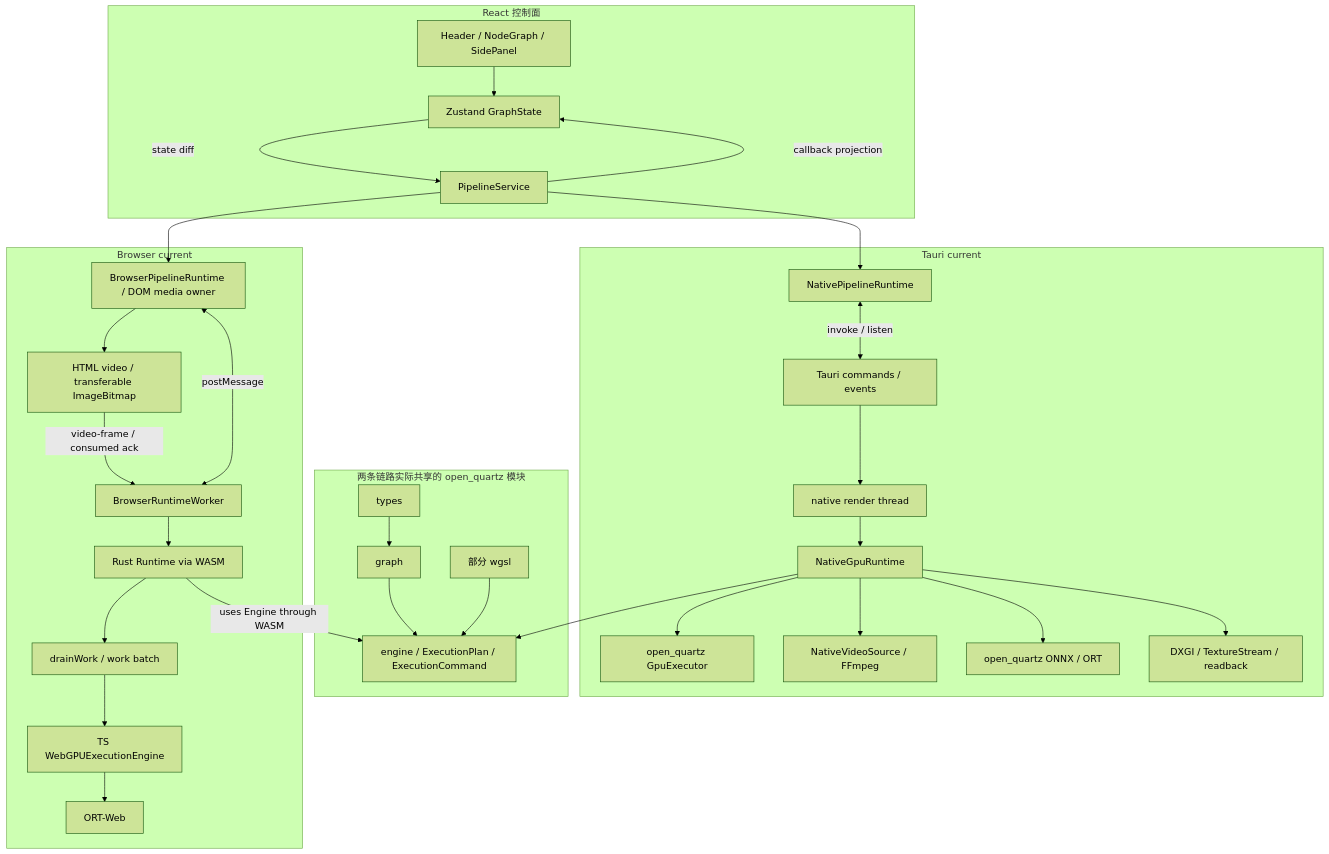
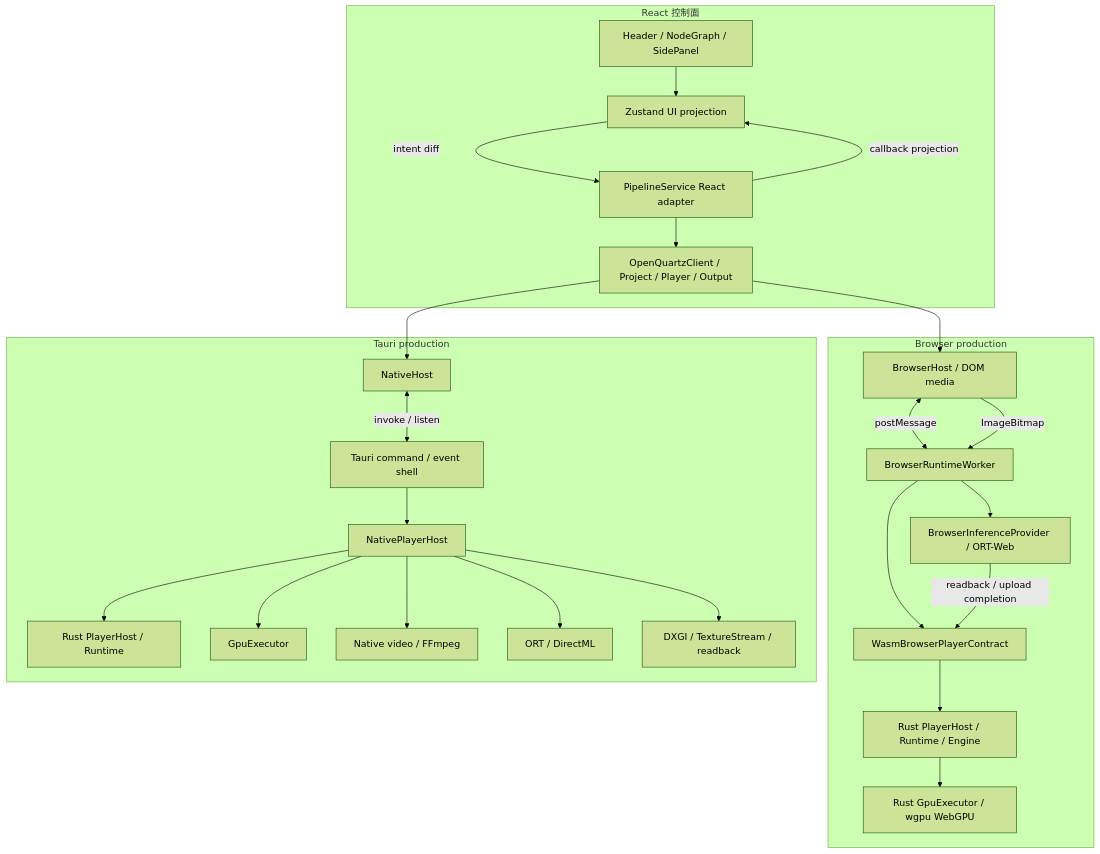
Before and after one commit to sanitor/open_quartz: the second of 12 diagrams in docs/DESIGN.md, drawn with Mermaid (forest theme). The commit also changed other lines of this file, not shown here.

Commit message:
docs: update architecture baseline and thin TypeScript roadmap

````diff
--- a/docs/DESIGN.md
+++ b/docs/DESIGN.md
@@ -152,58 +170,47 @@
 ```mermaid
 flowchart TB
     subgraph UI[React 控制面]
         Components[Header / NodeGraph / SidePanel]
-        Store[Zustand GraphState]
-        Service[PipelineService]
+        Store[Zustand UI projection]
+        Service[PipelineService React adapter]
+        TSApi[OpenQuartzClient / Project / Player / Output]
         Components --> Store
-        Store -->|state diff| Service
+        Store -->|intent diff| Service
+        Service --> TSApi
         Service -->|callback projection| Store
     end
 
-    subgraph Shared[两条链路实际共享的 open_quartz 模块]
-        Types[types]
-        Graph[graph]
-        Wgsl[部分 wgsl]
-        Engine[engine / ExecutionPlan / ExecutionCommand]
-        Types --> Graph
-        Graph --> Engine
-        Wgsl --> Engine
+    subgraph Browser[Browser production]
+        BHost[BrowserHost / DOM media]
+        Worker[BrowserRuntimeWorker]
+        WasmPlayer[WasmBrowserPlayerContract]
+        RustPlayer[Rust PlayerHost / Runtime / Engine]
+        RustGpu[Rust GpuExecutor / wgpu WebGPU]
+        OrtWeb[BrowserInferenceProvider / ORT-Web]
+        BHost <-->|postMessage| Worker
+        BHost -->|ImageBitmap| Worker
+        Worker --> WasmPlayer --> RustPlayer --> RustGpu
+        Worker --> OrtWeb
+        OrtWeb -->|readback / upload completion| WasmPlayer
     end
 
-    subgraph Browser[Browser current]
-        BAdapter[BrowserPipelineRuntime / DOM media owner]
-        Worker[BrowserRuntimeWorker]
-        BRuntime[Rust Runtime via WASM]
-        BWork[drainWork / work batch]
-        BHost[TS WebGPUExecutionEngine]
-        BMedia[HTML video / transferable ImageBitmap]
-        BOnnx[ORT-Web]
-        BAdapter --> BMedia
-        BAdapter <-->|postMessage| Worker
-        BMedia -->|video-frame / consumed ack| Worker
-        Worker --> BRuntime --> BWork --> BHost
-        BHost --> BOnnx
+    subgraph Native[Tauri production]
+        NHost[NativeHost]
+        Tauri[Tauri command / event shell]
+        NPlayer[NativePlayerHost]
+        NRuntime[Rust PlayerHost / Runtime]
+        NGpu[GpuExecutor]
+        NMedia[Native video / FFmpeg]
+        NOnnx[ORT / DirectML]
+        NPresent[DXGI / TextureStream / readback]
+        NHost <-->|invoke / listen| Tauri
+        Tauri --> NPlayer --> NRuntime
+        NPlayer --> NGpu
+        NPlayer --> NMedia
+        NPlayer --> NOnnx
+        NPlayer --> NPresent
     end
 
-    subgraph Native[Tauri current]
-        NAdapter[NativePipelineRuntime]
-        Tauri[Tauri commands / events]
-        NThread[native render thread]
-        NRuntime[NativeGpuRuntime]
-        NGpu[open_quartz GpuExecutor]
-        NMedia[NativeVideoSource / FFmpeg]
-        NOnnx[open_quartz ONNX / ORT]
-        NPresent[DXGI / TextureStream / readback]
-        NAdapter <-->|invoke / listen| Tauri
-        Tauri --> NThread --> NRuntime
-        NRuntime --> Engine
-        NRuntime --> NGpu
-        NRuntime --> NMedia
-        NRuntime --> NOnnx
-        NRuntime --> NPresent
-    end
-
-    Service --> BAdapter
-    Service --> NAdapter
-    BRuntime -->|uses Engine through WASM| Engine
+    TSApi --> BHost
+    TSApi --> NHost
 ```
````
